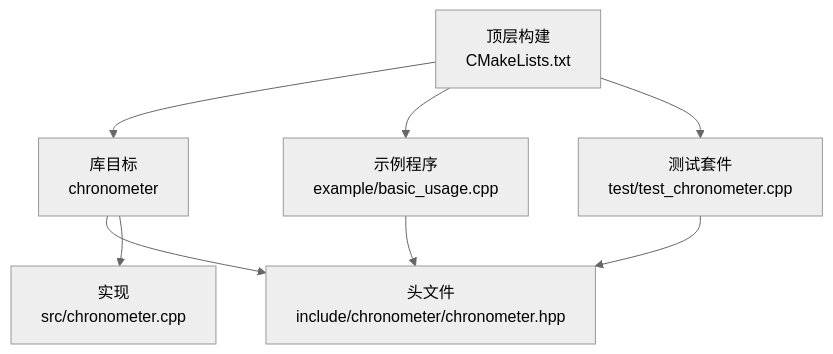
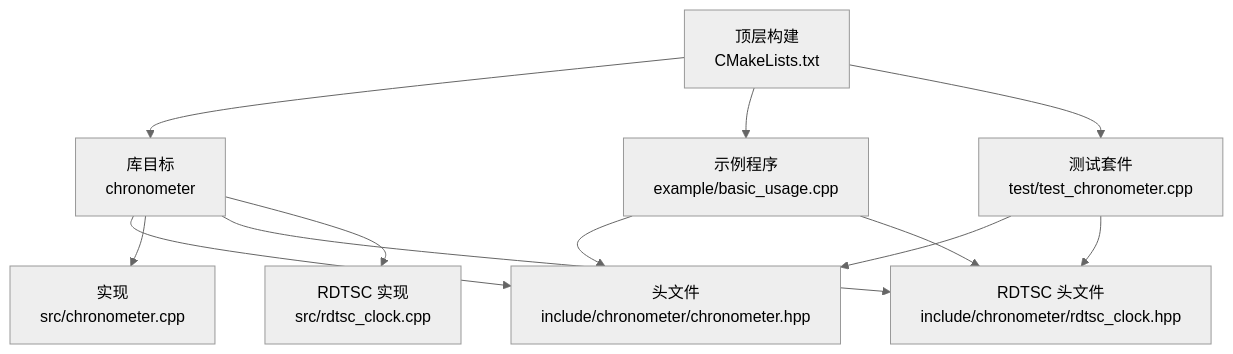
The first of 6 diagrams in .qoder/repowiki/zh/content/使用示例与最佳实践.md (xuetianhao98/chronometer), drawn with Mermaid (neutral theme) before and after one commit. The commit also changed other lines of this file and 12 other files, not shown here.

````diff
--- a/.qoder/repowiki/zh/content/使用示例与最佳实践.md
+++ b/.qoder/repowiki/zh/content/使用示例与最佳实践.md
@@ -48,10 +56,14 @@
 ```mermaid
 graph TB
 A["顶层构建<br/>CMakeLists.txt"] --> B["库目标<br/>chronometer"]
 A --> C["示例程序<br/>example/basic_usage.cpp"]
 A --> D["测试套件<br/>test/test_chronometer.cpp"]
 B --> E["头文件<br/>include/chronometer/chronometer.hpp"]
 B --> F["实现<br/>src/chronometer.cpp"]
+B --> G["RDTSC 头文件<br/>include/chronometer/rdtsc_clock.hpp"]
+B --> H["RDTSC 实现<br/>src/rdtsc_clock.cpp"]
 C --> E
+C --> G
 D --> E
+D --> G
 ```
````
